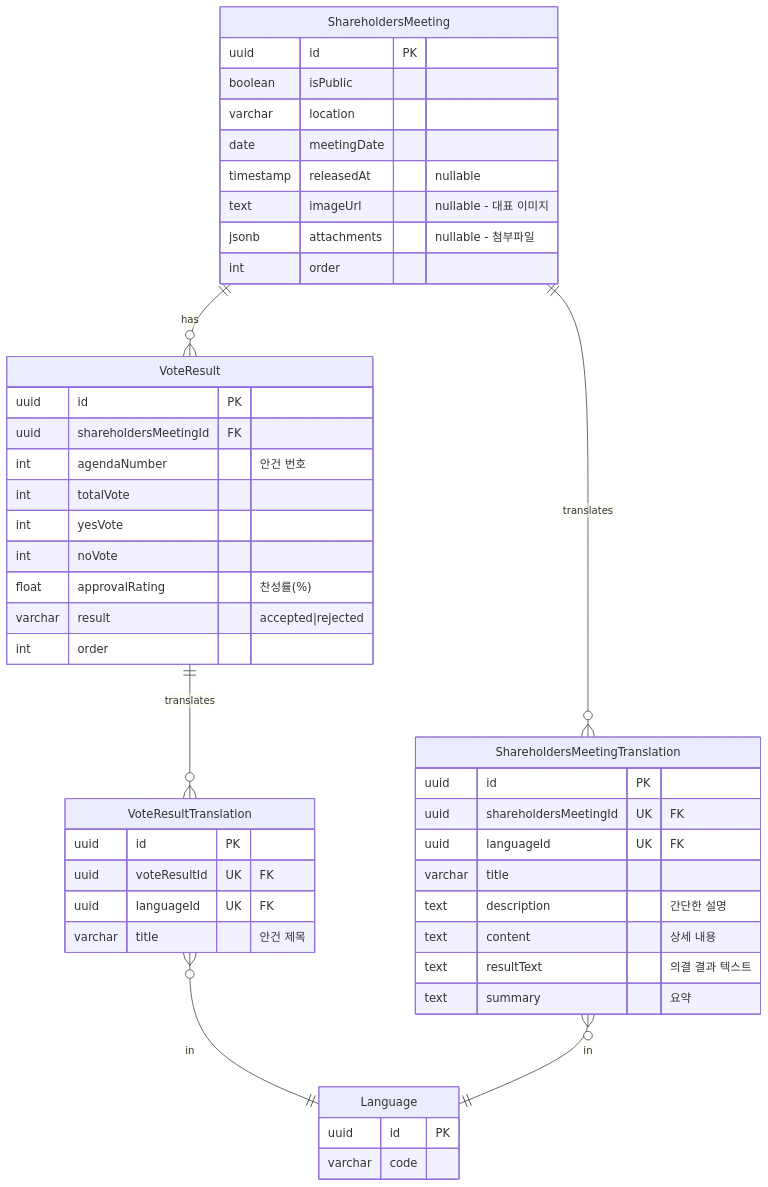
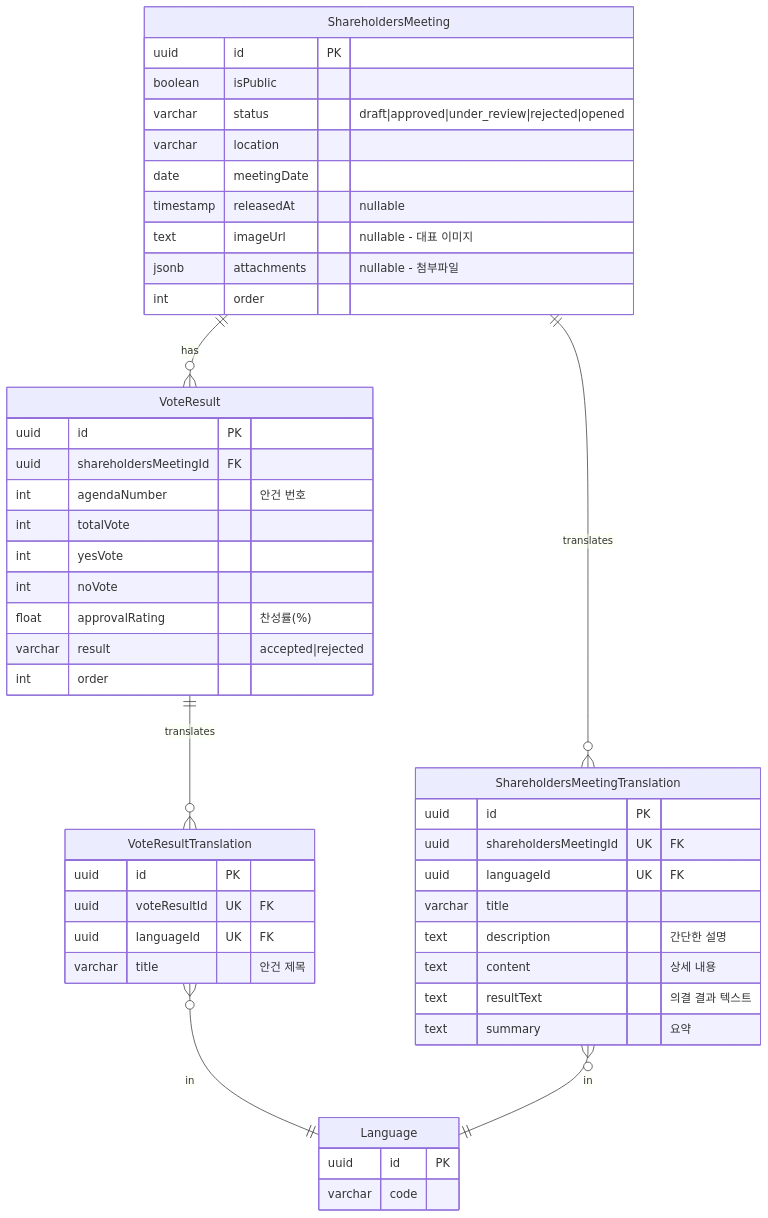
One commit to wukdddang/lumir-cms-backend changed the fourth of 15 diagrams in docs/erd/er-diagram-entities.md. Above: the diagram before and after it, drawn with Mermaid. The commit also changed other lines of this file and 2 other files, not shown here.

````diff
--- a/docs/erd/er-diagram-entities.md
+++ b/docs/erd/er-diagram-entities.md
@@ -164,54 +164,55 @@
 ```mermaid
 erDiagram
     ShareholdersMeeting {
         uuid id PK
         boolean isPublic
+        varchar status "draft|approved|under_review|rejected|opened"
         varchar location
         date meetingDate
         timestamp releasedAt "nullable"
         text imageUrl "nullable - 대표 이미지"
         jsonb attachments "nullable - 첨부파일"
         int order
     }
     
     VoteResult {
         uuid id PK
         uuid shareholdersMeetingId FK
         int agendaNumber "안건 번호"
         int totalVote
         int yesVote
         int noVote
         float approvalRating "찬성률(%)"
         varchar result "accepted|rejected"
         int order
     }
     
     VoteResultTranslation {
         uuid id PK
         uuid voteResultId UK "FK"
         uuid languageId UK "FK"
         varchar title "안건 제목"
     }
     
     ShareholdersMeetingTranslation {
         uuid id PK
         uuid shareholdersMeetingId UK "FK"
         uuid languageId UK "FK"
         varchar title
         text description "간단한 설명"
         text content "상세 내용"
         text resultText "의결 결과 텍스트"
         text summary "요약"
     }
     
     Language {
         uuid id PK
         varchar code
     }
     
     ShareholdersMeeting ||--o{ VoteResult : "has"
     VoteResult ||--o{ VoteResultTranslation : "translates"
     VoteResultTranslation }o--|| Language : "in"
     ShareholdersMeeting ||--o{ ShareholdersMeetingTranslation : "translates"
     ShareholdersMeetingTranslation }o--|| Language : "in"
 ```
````
